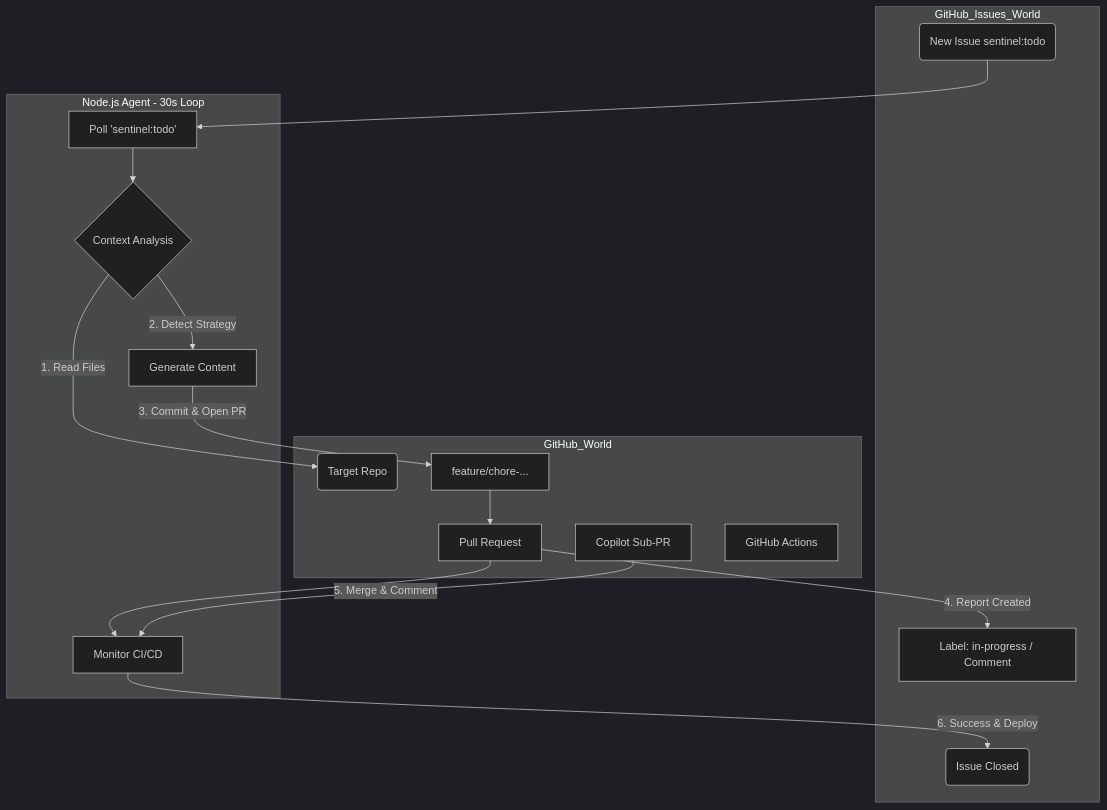
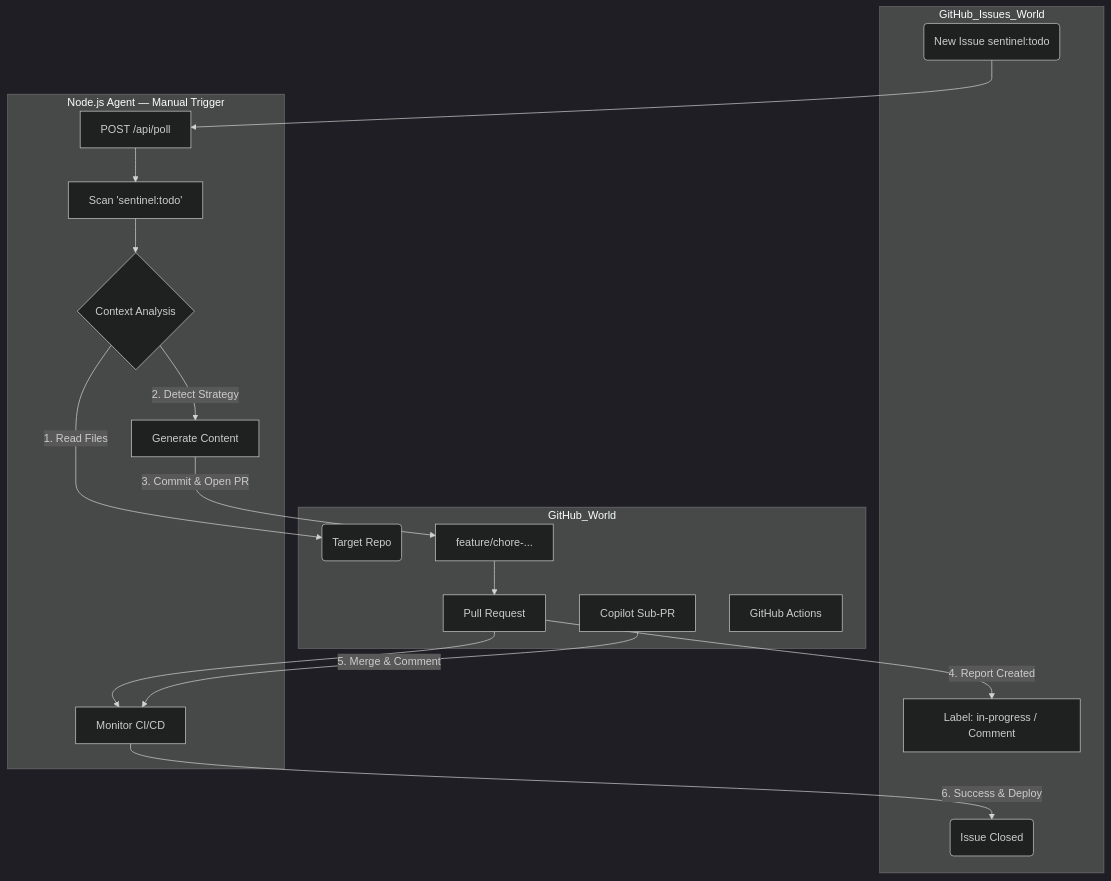
Before and after one commit to Unigalactix/SENTINEL: the diagram in docs/agents.md, drawn with Mermaid (dark theme). The commit also changed other lines of this file and 4 other files, not shown here.

First line of the commit message:
docs: update README, CHANGELOG, and docs for v3.0.0 GitHub Issues migration and manual scan model

````diff
--- a/docs/agents.md
+++ b/docs/agents.md
@@ -111,34 +111,34 @@
 ```mermaid
 flowchart TD
     subgraph GitHub_Issues_World
         Ticket(New Issue sentinel:todo)
         Updates[Label: in-progress / Comment]
         Done(Issue Closed)
     end
 
-    subgraph Sentinel_Engine [Node.js Agent - 30s Loop]
-        Poll[Poll 'sentinel:todo']
+    subgraph Sentinel_Engine [Node.js Agent — Manual Trigger]
+        Trigger[POST /api/poll]
+        Poll[Scan 'sentinel:todo']
         Analyze{Context Analysis}
         Gen[Generate Content]
         Monitor[Monitor CI/CD]
     end
 
     subgraph GitHub_World
         Repo(Target Repo)
         Branch[feature/chore-...]
         PR[Pull Request]
         SubPR[Copilot Sub-PR]
         Action[GitHub Actions]
     end
 
-    Ticket --> Poll
-    Poll --> Analyze
+    Ticket --> Trigger --> Poll --> Analyze
     Analyze -- 1. Read Files --> Repo
     Analyze -- 2. Detect Strategy --> Gen
     Gen -- 3. Commit & Open PR --> Branch
     Branch --> PR
     PR -- 4. Report Created --> Updates
     PR --> Monitor
     SubPR -- 5. Merge & Comment --> Monitor
     Monitor -- 6. Success & Deploy --> Done
 ```
````
